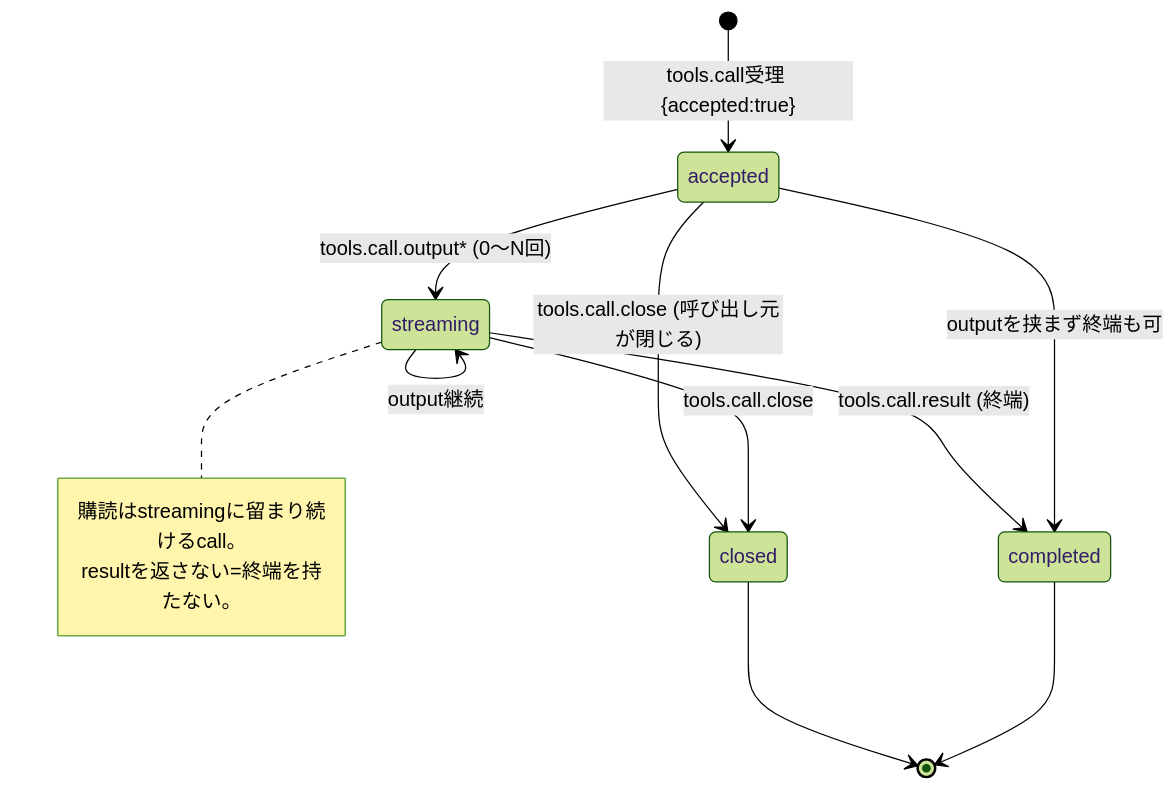
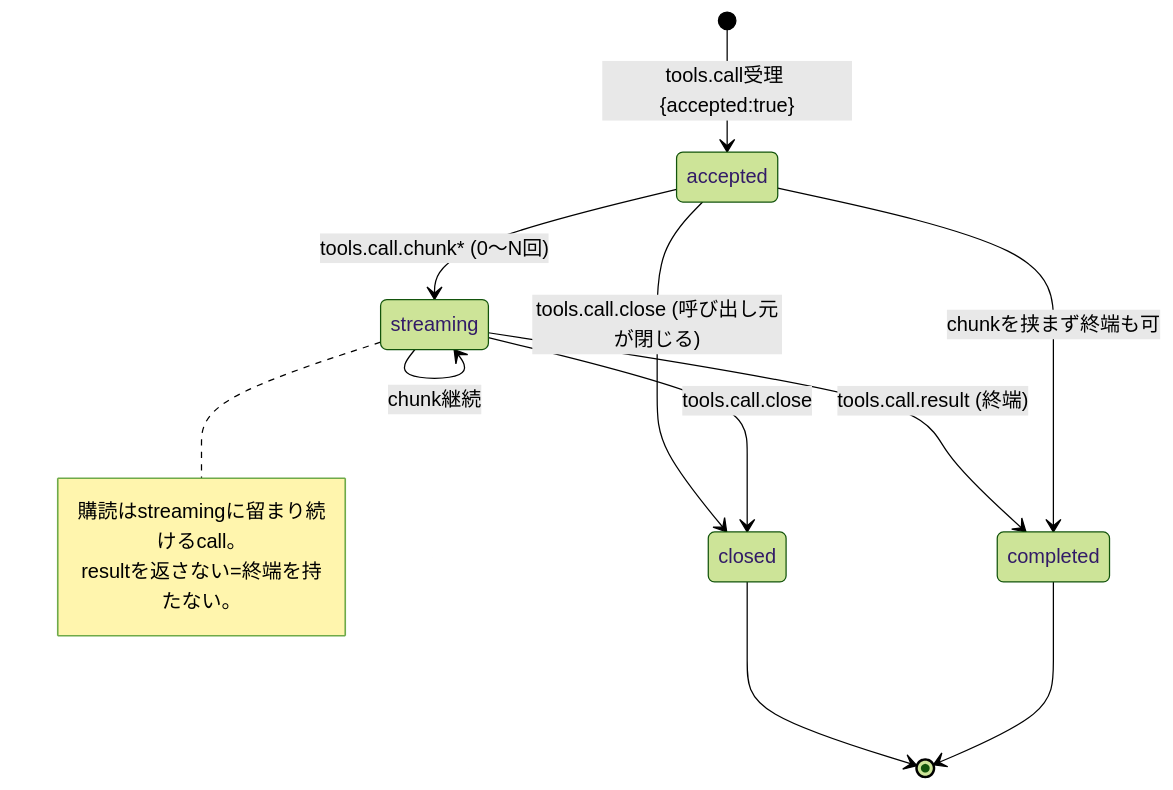
Before and after one commit to naatin777/plugumi: the second of 2 diagrams in docs/contracts/00003-tool-call.md, drawn with Mermaid (forest theme). The commit also changed other lines of this file and 117 other files, not shown here.

````diff
--- a/docs/contracts/00003-tool-call.md
+++ b/docs/contracts/00003-tool-call.md
@@ -176,16 +184,16 @@
 ```mermaid
 stateDiagram-v2
     [*] --> accepted: tools.call受理 {accepted:true}
-    accepted --> streaming: tools.call.output* (0〜N回)
-    streaming --> streaming: output継続
+    accepted --> streaming: tools.call.chunk* (0〜N回)
+    streaming --> streaming: chunk継続
     streaming --> completed: tools.call.result (終端)
-    accepted --> completed: outputを挟まず終端も可
+    accepted --> completed: chunkを挟まず終端も可
     accepted --> closed: tools.call.close (呼び出し元が閉じる)
     streaming --> closed: tools.call.close
     closed --> [*]
     completed --> [*]
     note right of streaming
         購読はstreamingに留まり続けるcall。
         resultを返さない=終端を持たない。
     end note
 ```
````
